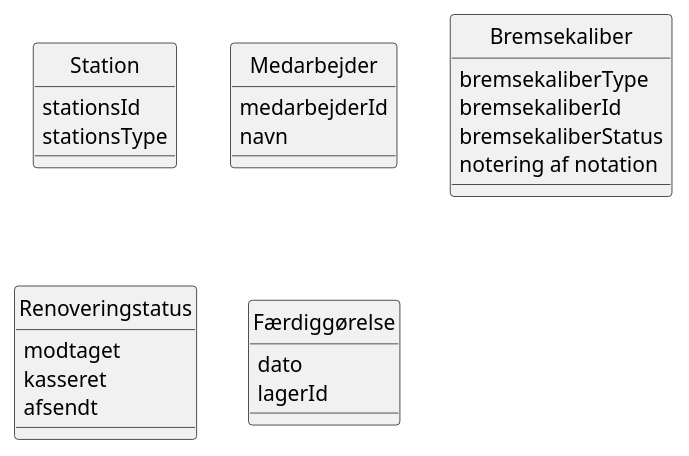
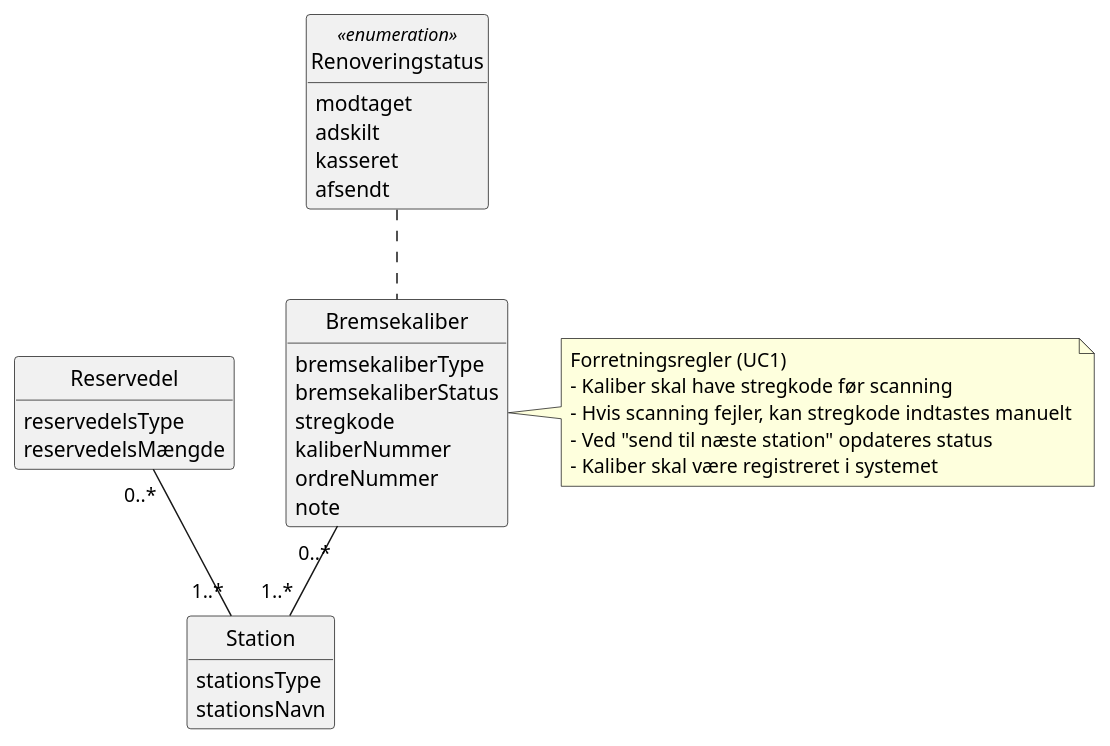
One commit to senan2315/Team-5A-Budweg changed the diagram in Domæne-model.plantuml. Above: the diagram before and after it, drawn with PlantUML. The commit also changed 1 other file, not shown here.

Commit message:
Domæne og objektmodellen er lavet færdige for nu.

```diff
--- a/Domæne-model.plantuml
+++ b/Domæne-model.plantuml
@@ -1,46 +1,42 @@
 @startuml Domæne-model til Budweg
 Class Station {
-    stationsId
     stationsType
-    
-}
-
-Class Medarbejder {
-    medarbejderId
-    navn
-    
+    stationsNavn
 }
 
 Class Bremsekaliber {
     bremsekaliberType
-    bremsekaliberId
     bremsekaliberStatus
-    notering af notation
-    
+    stregkode
+    kaliberNummer
+    ordreNummer
+    note
 }
 
-Class Renoveringstatus {
+note right of Bremsekaliber
+    Forretningsregler (UC1)
+    - Kaliber skal have stregkode før scanning
+    - Hvis scanning fejler, kan stregkode indtastes manuelt
+    - Ved "send til næste station" opdateres status
+    - Kaliber skal være registreret i systemet
+end note
+
+Class Renoveringstatus <<enumeration>> {
     modtaget
+    adskilt
     kasseret
     afsendt
-    
 }
 
-Class Færdiggørelse {
-    dato
-    lagerId
+Class  Reservedel{
+   reservedelsType
+   reservedelsMængde
 }
 
+Reservedel "0..*" -- "1..*" Station
+Renoveringstatus .. Bremsekaliber
+Bremsekaliber "0..*" -- "1..*" Station
 
-
-
-/'Class  Reservedel{
-   reservedelsType
-   reservedelsId
-   reservedelsmængde
-    
-}
-'/
 hide circle
-
+hide methods
 @enduml
```
